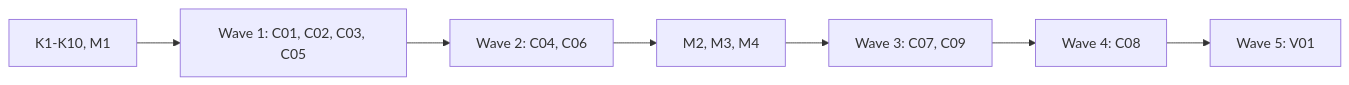
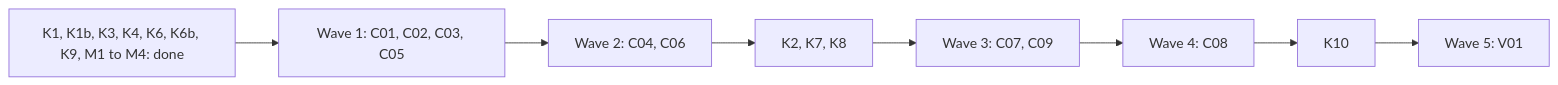
Before and after one commit to alfhen/agent-pr-pipeline: the third of 3 diagrams in docs/plan-0.8.0.md, drawn with Mermaid. The commit also changed other lines of this file, not shown here.

````diff
--- a/docs/plan-0.8.0.md
+++ b/docs/plan-0.8.0.md
@@ -284,4 +284,4 @@
 ```mermaid
 flowchart LR
-  K[K1-K10, M1] --> W1[Wave 1: C01, C02, C03, C05] --> W2[Wave 2: C04, C06] --> M[M2, M3, M4] --> W3[Wave 3: C07, C09] --> W4[Wave 4: C08] --> W5[Wave 5: V01]
+  K[K1, K1b, K3, K4, K6, K6b, K9, M1 to M4: done] --> W1[Wave 1: C01, C02, C03, C05] --> W2[Wave 2: C04, C06] --> K2[K2, K7, K8] --> W3[Wave 3: C07, C09] --> W4[Wave 4: C08] --> K10[K10] --> W5[Wave 5: V01]
 ```
````
